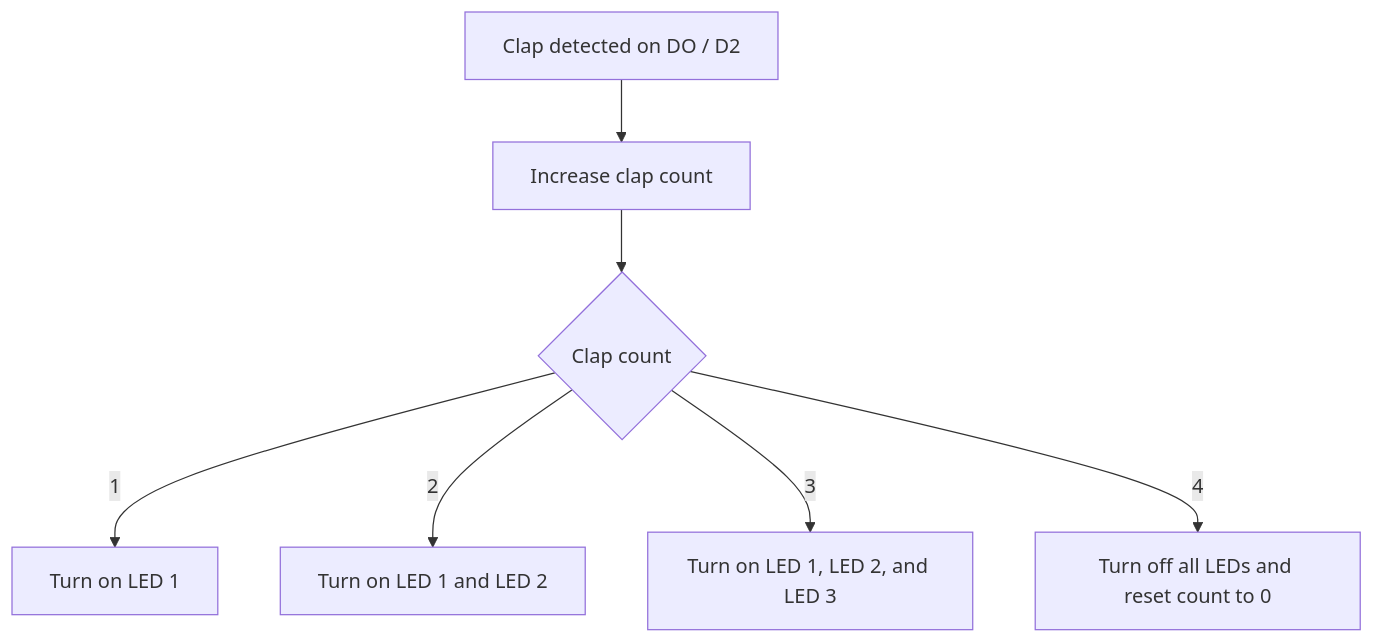
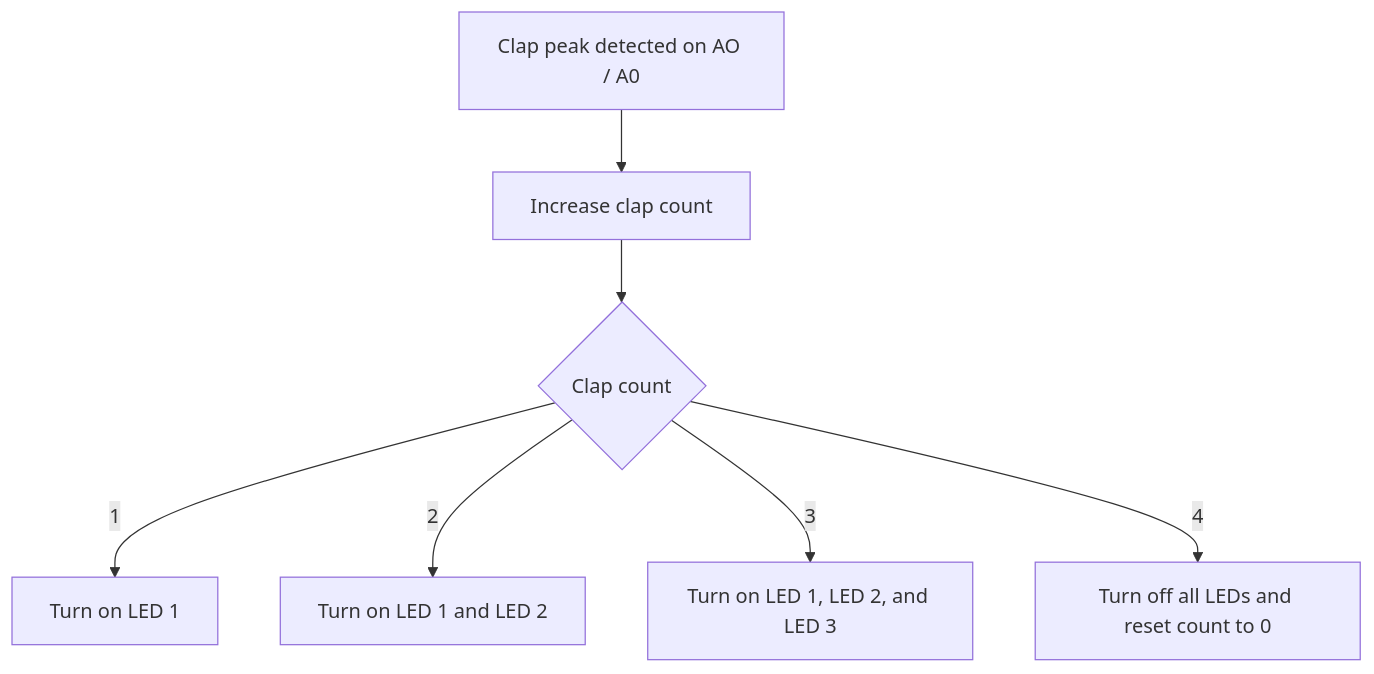
One commit to Danncode10/Clap_light changed the second of 2 diagrams in docs/connections.md. Above: the diagram before and after it, drawn with Mermaid. The commit also changed other lines of this file and 3 other files, not shown here.

````diff
--- a/docs/connections.md
+++ b/docs/connections.md
@@ -67,9 +67,9 @@
 ```mermaid
 flowchart TD
-    Clap["Clap detected on DO / D2"] --> Count["Increase clap count"]
+    Clap["Clap peak detected on AO / A0"] --> Count["Increase clap count"]
     Count --> One{"Clap count"}
     One -- "1" --> L1["Turn on LED 1"]
     One -- "2" --> L2["Turn on LED 1 and LED 2"]
     One -- "3" --> L3["Turn on LED 1, LED 2, and LED 3"]
     One -- "4" --> Off["Turn off all LEDs and reset count to 0"]
 ```
````
